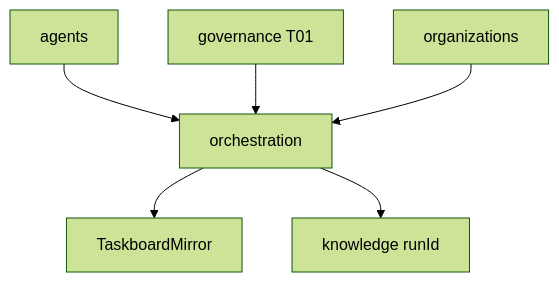
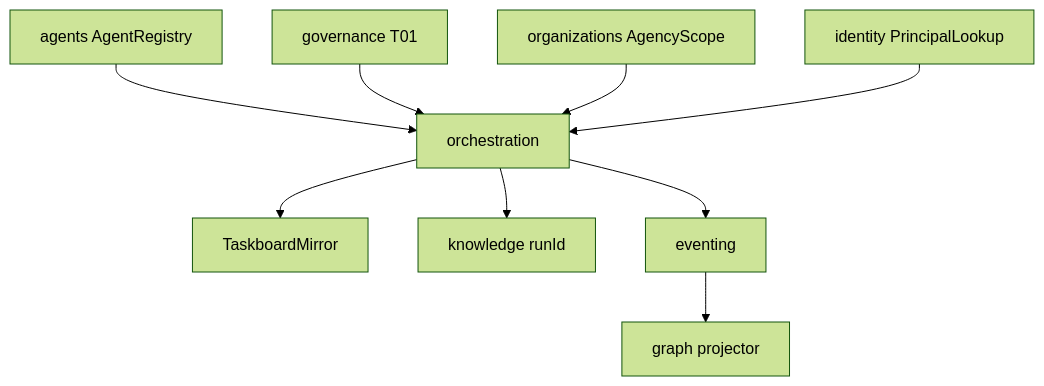
The diagram in docs/orchestration/modules/orchestration/R06-dependencies.md (jcafeitosa/anxionOS), drawn with Mermaid (forest theme) before and after one commit. The commit also changed other lines of this file and 2 other files, not shown here.

Commit message:
Auto-save: Updated docs/orchestration/modules/orchestration/R06-dependencies.md, docs/orchestration/modules/orchestration/R07-risks.md, docs/orchestration/modules/orchestration/R08-decision-log.md

````diff
--- a/docs/orchestration/modules/orchestration/R06-dependencies.md
+++ b/docs/orchestration/modules/orchestration/R06-dependencies.md
@@ -31,8 +80,11 @@
 ```mermaid
 flowchart TB
-  agt[agents] --> orch[orchestration]
+  agt[agents AgentRegistry] --> orch[orchestration]
   gov[governance T01] --> orch
-  org[organizations] --> orch
+  org[organizations AgencyScope] --> orch
+  idn[identity PrincipalLookup] --> orch
   orch --> tb[TaskboardMirror]
   orch --> kn[knowledge runId]
+  orch --> ev[eventing]
+  ev --> grp[graph projector]
 ```
````
